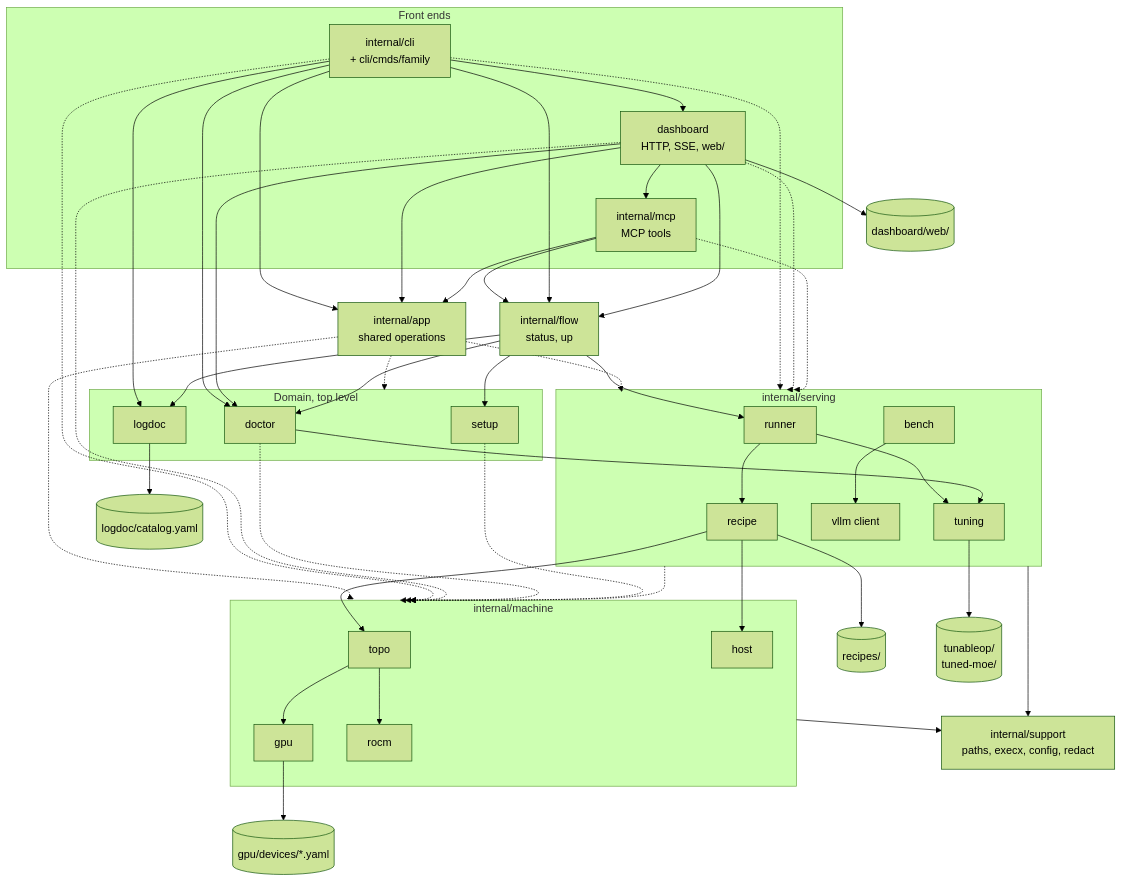
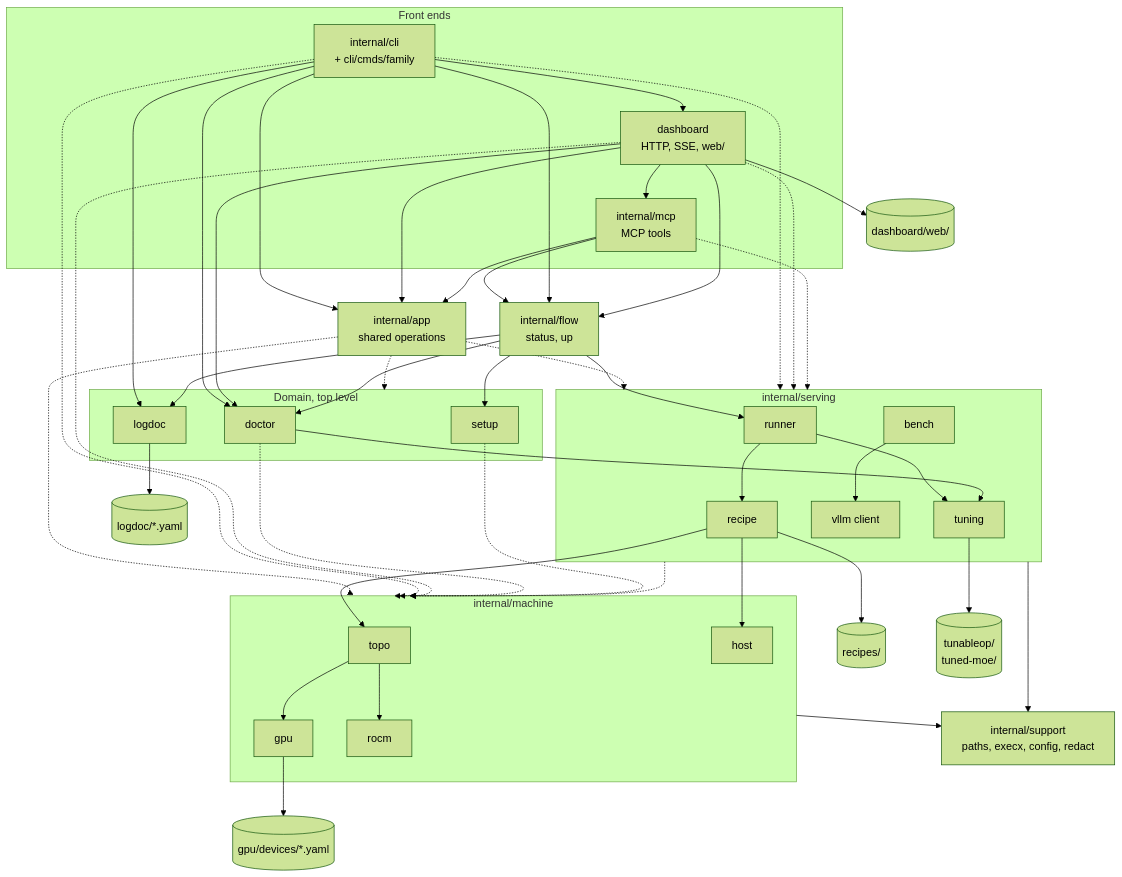
One commit to opengfx1030/bernie changed the first of 6 diagrams in docs/architecture.md. Above: the diagram before and after it, drawn with Mermaid (forest theme). The commit also changed other lines of this file and 14 other files, not shown here.

````diff
--- a/docs/architecture.md
+++ b/docs/architecture.md
@@ -20,75 +20,75 @@
 ```mermaid
 flowchart TB
   subgraph front["Front ends"]
     CLI["internal/cli<br/>+ cli/cmds/family"]
     DASH["dashboard<br/>HTTP, SSE, web/"]
     MCP["internal/mcp<br/>MCP tools"]
   end
   APP["internal/app<br/>shared operations"]
   FLOW["internal/flow<br/>status, up"]
   subgraph top["Domain, top level"]
     DOC["doctor"]
     SET["setup"]
     LOG["logdoc"]
   end
   subgraph serving["internal/serving"]
     RUN["runner"]
     REC["recipe"]
     TUN["tuning"]
     BEN["bench"]
     VLLM["vllm client"]
   end
   subgraph machine["internal/machine"]
     TOPO["topo"]
     GPU["gpu"]
     HOST["host"]
     ROCM["rocm"]
   end
   SUP["internal/support<br/>paths, execx, config, redact"]
   D1[("gpu/devices/*.yaml")]
   D2[("recipes/")]
   D3[("tunableop/<br/>tuned-moe/")]
-  D4[("logdoc/catalog.yaml")]
+  D4[("logdoc/*.yaml")]
   D5[("dashboard/web/")]
   CLI --> APP
   DASH --> APP
   MCP --> APP
   MCP --> FLOW
   DASH --> MCP
   APP -.-> top
   APP -.-> serving
   APP -.-> machine
   CLI --> FLOW
   CLI --> DASH
   CLI --> DOC
   DASH --> FLOW
   CLI --> LOG
   DASH --> DOC
   FLOW --> DOC
   FLOW --> SET
   FLOW --> RUN
   FLOW --> LOG
   RUN --> REC
   RUN --> TUN
   REC --> TOPO
   REC --> HOST
   DOC --> TUN
   TOPO --> GPU
   TOPO --> ROCM
   BEN --> VLLM
   CLI -.-> serving
   DASH -.-> serving
   MCP -.-> serving
   CLI -.-> machine
   DASH -.-> machine
   DOC -.-> machine
   SET -.-> machine
   serving -.-> machine
   machine --> SUP
   serving --> SUP
   GPU --> D1
   REC --> D2
   TUN --> D3
   LOG --> D4
   DASH --> D5
 ```
````
